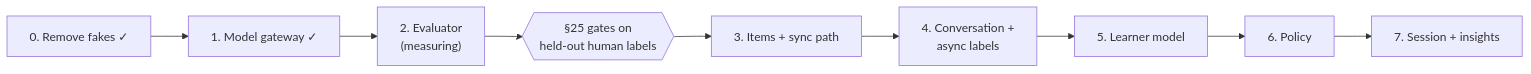
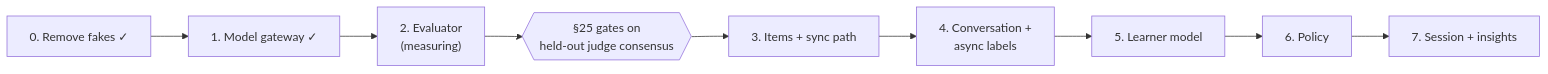
Before and after one commit to iliagerash/Glotty: the first of 2 diagrams in Glotty AI-First Rebuild Plan.md, drawn with Mermaid. The commit also changed other lines of this file and 12 other files, not shown here.

````diff
--- a/Glotty AI-First Rebuild Plan.md
+++ b/Glotty AI-First Rebuild Plan.md
@@ -39,6 +41,6 @@
 ```mermaid
 flowchart LR
   S0["0. Remove fakes ✓"] --> S1["1. Model gateway ✓"] --> S2["2. Evaluator<br/>(measuring)"]
-  S2 --> G{{"§25 gates on<br/>held-out human labels"}}
+  S2 --> G{{"§25 gates on<br/>held-out judge consensus"}}
   G --> S3["3. Items + sync path"] --> S4["4. Conversation +<br/>async labels"] --> S5["5. Learner model"] --> S6["6. Policy"] --> S7["7. Session + insights"]
 ```
````
